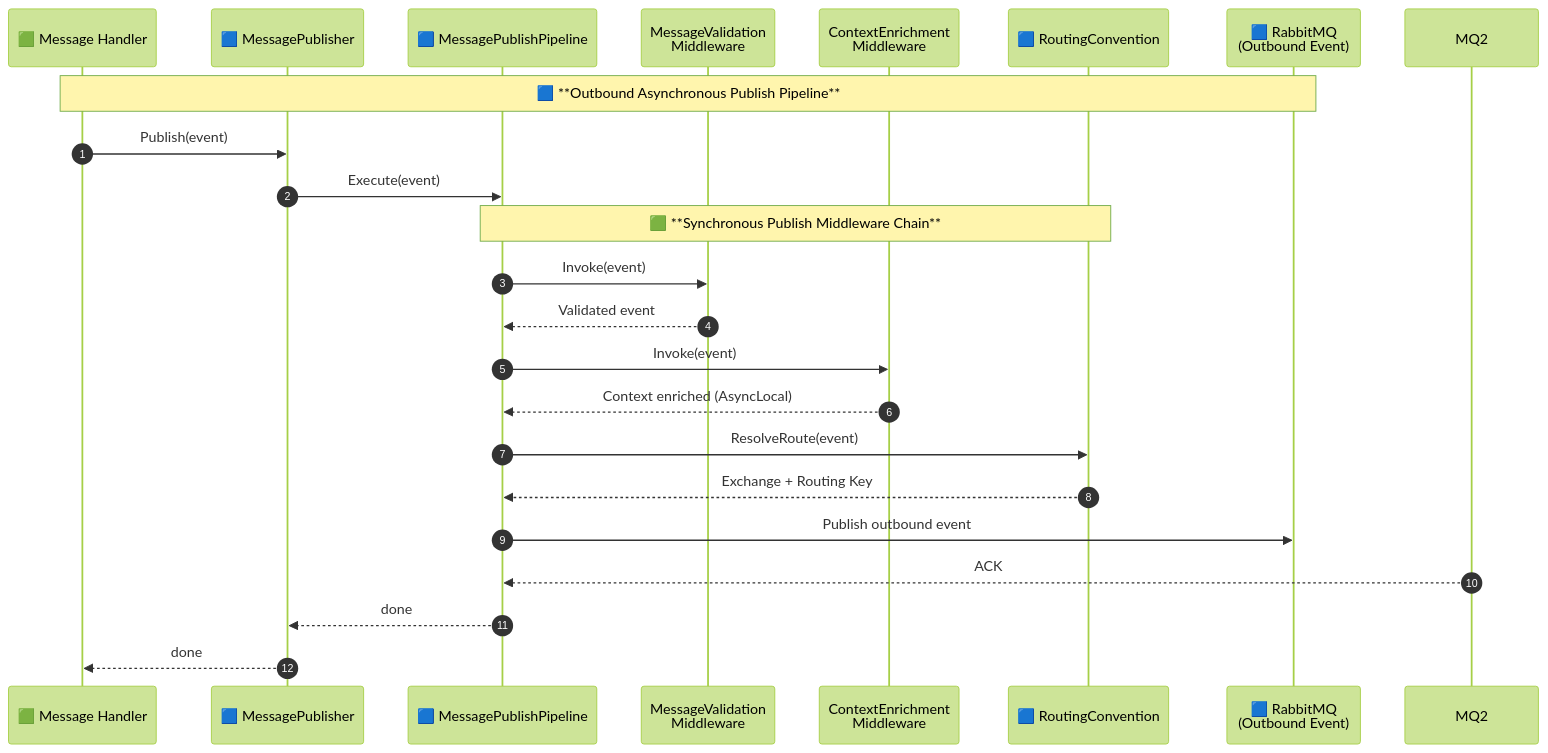
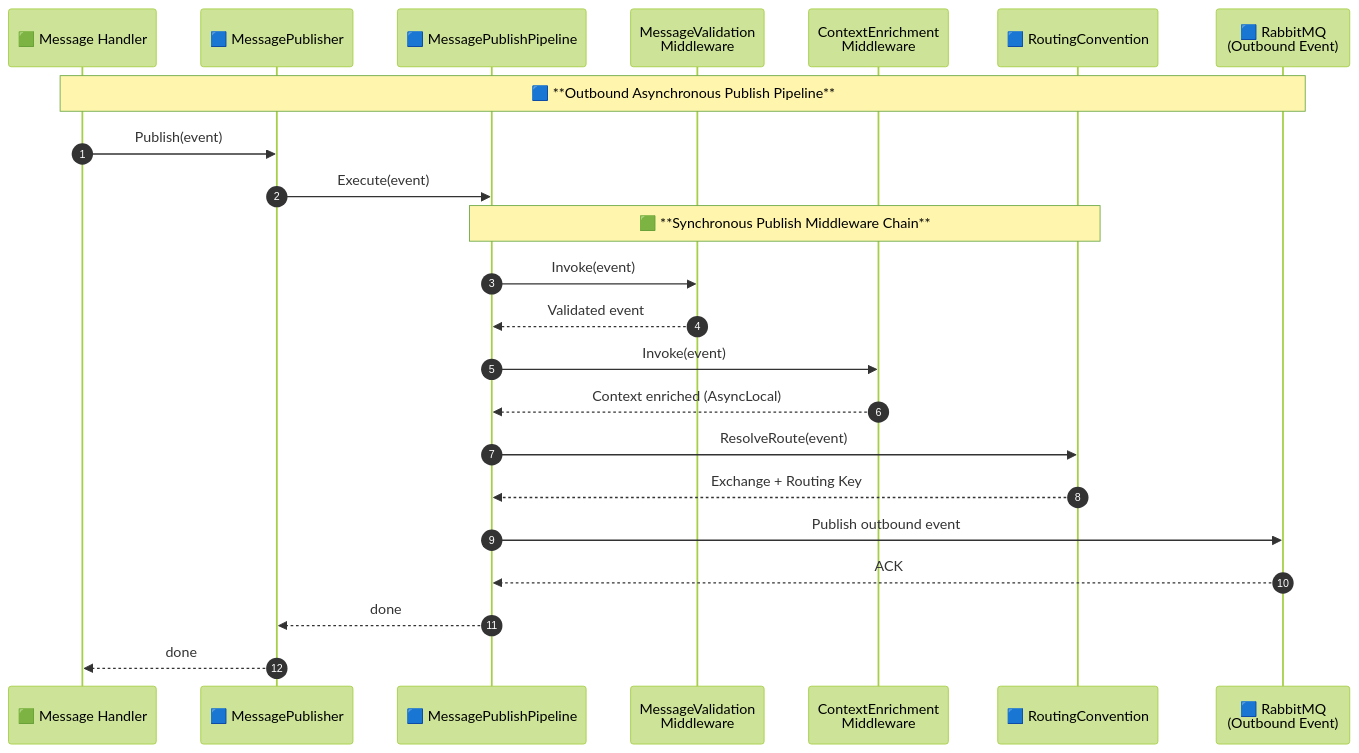
The second of 3 diagrams in README.md (TravisNickels/ClientManagerDemo), drawn with Mermaid (forest theme) before and after one commit. The commit also changed other lines of this file, not shown here.

````diff
--- a/README.md
+++ b/README.md
@@ -135,48 +135,48 @@
 ```mermaid
 sequenceDiagram
     autonumber
 
     %% ====================
     %% PARTICIPANTS
     %% ====================
     participant Handler as 🟩 Message Handler
     participant Publisher as 🟦 MessagePublisher
     participant PubPipe as 🟦 MessagePublishPipeline
     participant P1 as MessageValidation<br/>Middleware
     participant P2 as ContextEnrichment<br/>Middleware
     participant Router as 🟦 RoutingConvention
     participant MQ as 🟦 RabbitMQ<br/>(Outbound Event)
 
     %% ====================
     %% PUBLISH FLOW (ASYNC)
     %% ====================
     Note over Handler,MQ: 🟦 **Outbound Asynchronous Publish Pipeline**
 
     Handler ->> Publisher: Publish(event)
     Publisher ->> PubPipe: Execute(event)
 
     %% ====================
     %% PUBLISH MIDDLEWARE
     %% ====================
     Note over PubPipe,Router: 🟩 **Synchronous Publish Middleware Chain**
 
     PubPipe ->> P1: Invoke(event)
     P1 -->> PubPipe: Validated event
 
     PubPipe ->> P2: Invoke(event)
     P2 -->> PubPipe: Context enriched (AsyncLocal)
 
     %% ====================
     %% ROUTING + TRANSPORT
     %% ====================
     PubPipe ->> Router: ResolveRoute(event)
     Router -->> PubPipe: Exchange + Routing Key
     PubPipe ->> MQ: Publish outbound event
 
     %% ====================
     %% DONE
     %% ====================
-    MQ2 -->> PubPipe: ACK
+    MQ -->> PubPipe: ACK
     PubPipe -->> Publisher: done
     Publisher -->> Handler: done
 ```
````
